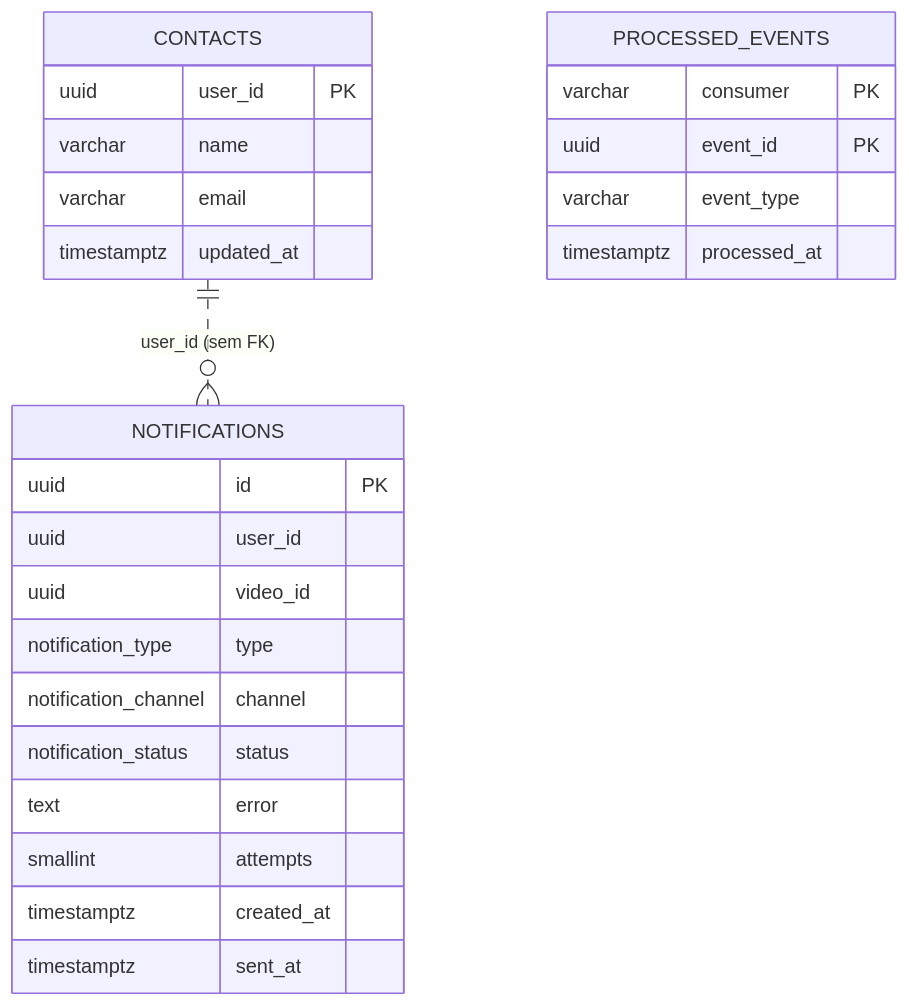
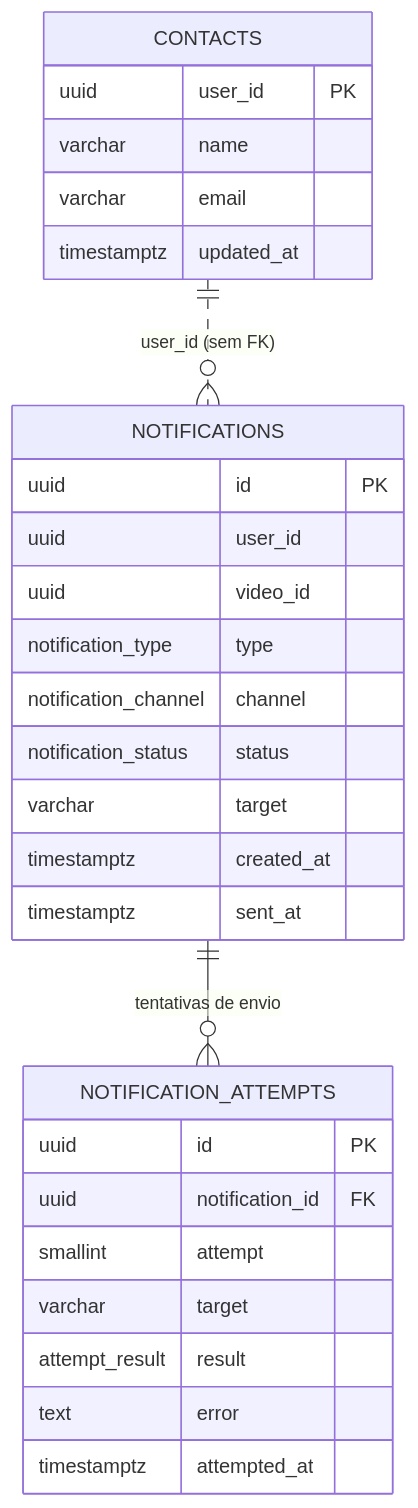
Before and after one commit to knzt/zipframes: the third of 3 diagrams in docs/data/modelagem-de-dados.md, drawn with Mermaid. The commit also changed other lines of this file, not shown here.

Commit message:
docs: simplify notification model and drop event dedup table

````diff
--- a/docs/data/modelagem-de-dados.md
+++ b/docs/data/modelagem-de-dados.md
@@ -283,28 +264,31 @@
 ```mermaid
 erDiagram
   CONTACTS {
     uuid user_id PK
     varchar name
     varchar email
     timestamptz updated_at
   }
   NOTIFICATIONS {
     uuid id PK
     uuid user_id
     uuid video_id
     notification_type type
     notification_channel channel
     notification_status status
-    text error
-    smallint attempts
+    varchar target
     timestamptz created_at
     timestamptz sent_at
   }
-  PROCESSED_EVENTS {
-    varchar consumer PK
-    uuid event_id PK
-    varchar event_type
-    timestamptz processed_at
+  NOTIFICATION_ATTEMPTS {
+    uuid id PK
+    uuid notification_id FK
+    smallint attempt
+    varchar target
+    attempt_result result
+    text error
+    timestamptz attempted_at
   }
   CONTACTS ||..o{ NOTIFICATIONS : "user_id (sem FK)"
+  NOTIFICATIONS ||--o{ NOTIFICATION_ATTEMPTS : "tentativas de envio"
 ```
````
